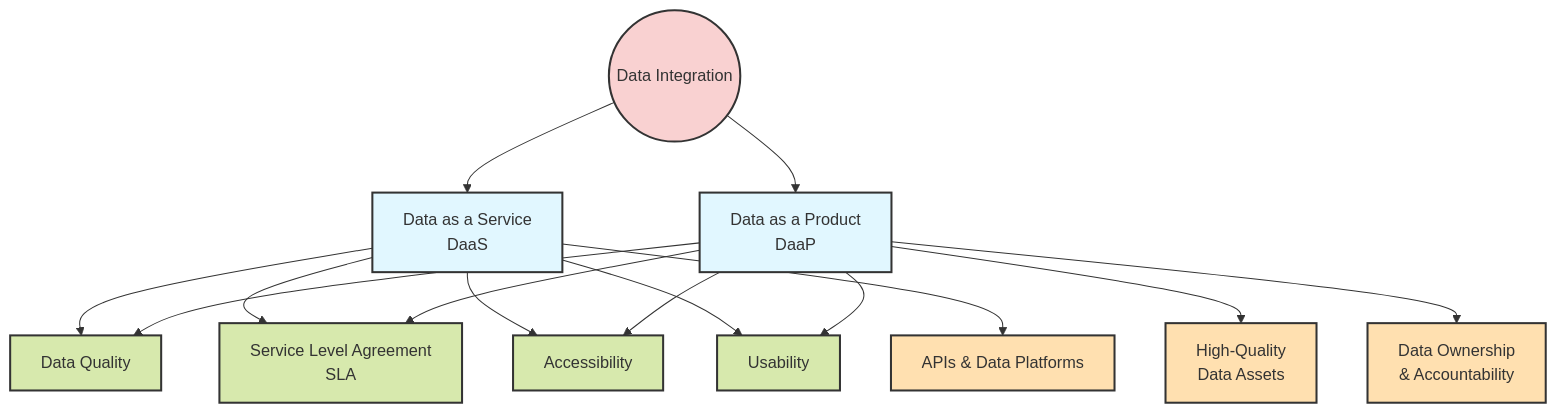
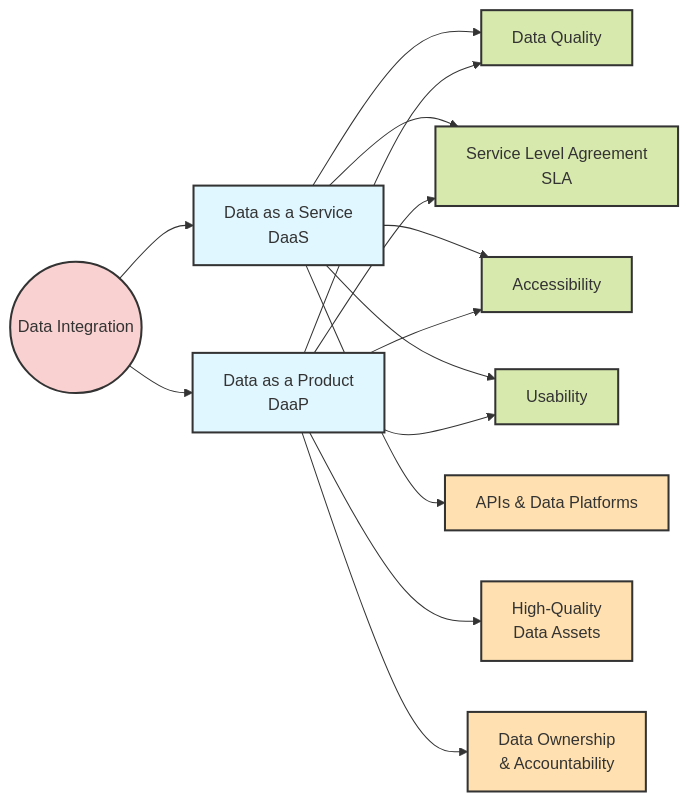
The diagram in chapter3/11-dataproducts.md (raphaelmansuy/data-architecture-diagrams), drawn with Mermaid before and after one commit. The commit also changed 7 other files, not shown here.

````diff
--- a/chapter3/11-dataproducts.md
+++ b/chapter3/11-dataproducts.md
@@ -3,40 +3,40 @@
 ```mermaid
-graph TB
+graph LR
     A((Data Integration))
     B[Data as a Service <br>DaaS]
     C[Data as a Product <br>DaaP]
     D[Data Quality]
     E[Service Level Agreement <br>SLA]
     F[Accessibility]
     G[Usability]
     H[APIs & Data Platforms]
     I[Data Ownership <br>& Accountability]
     J[High-Quality <br>Data Assets]
     
     A --> B
     A --> C
     B --> D
     C --> D
     B --> E
     C --> E
     B --> F
     C --> F
     B --> G
     C --> G
     B --> H
     C --> J
     C --> I
     
     style A fill:#f9d1d1,stroke:#333,stroke-width:2px
     style B fill:#e1f7ff,stroke:#333,stroke-width:2px
     style C fill:#e1f7ff,stroke:#333,stroke-width:2px
     style D fill:#d7e9ad,stroke:#333,stroke-width:2px
     style E fill:#d7e9ad,stroke:#333,stroke-width:2px
     style F fill:#d7e9ad,stroke:#333,stroke-width:2px
     style G fill:#d7e9ad,stroke:#333,stroke-width:2px
     style H fill:#ffe0b0,stroke:#333,stroke-width:2px
     style I fill:#ffe0b0,stroke:#333,stroke-width:2px
     style J fill:#ffe0b0,stroke:#333,stroke-width:2px
 
 
 ```
````
